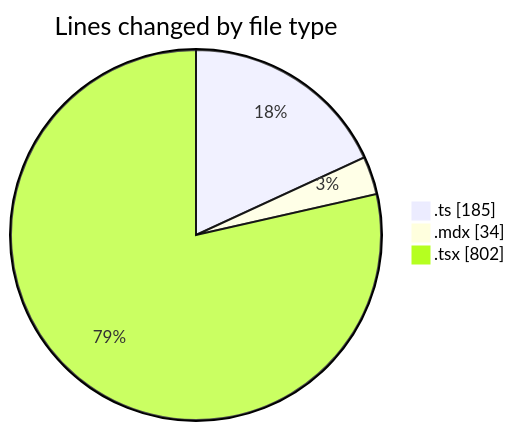
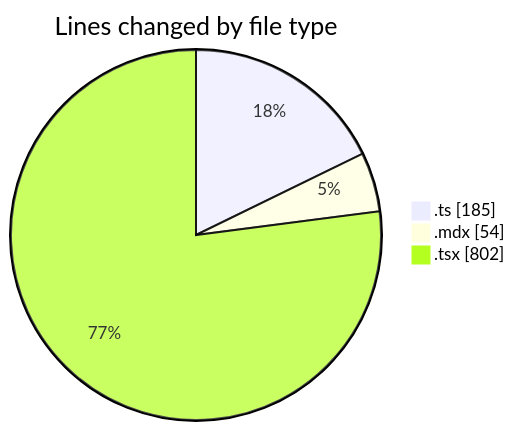
Before and after one commit to Elitesun/code-tracking: the first of 2 diagrams in 2025-05-25/elitesun/README.md, drawn with Mermaid. The commit also changed other lines of this file and 1 other file, not shown here.

````diff
--- a/2025-05-25/elitesun/README.md
+++ b/2025-05-25/elitesun/README.md
@@ -30,7 +30,7 @@
 ```mermaid
 pie showData
 title Lines changed by file type
 ".ts" : 185
-".mdx" : 34
+".mdx" : 54
 ".tsx" : 802
 ```
````
